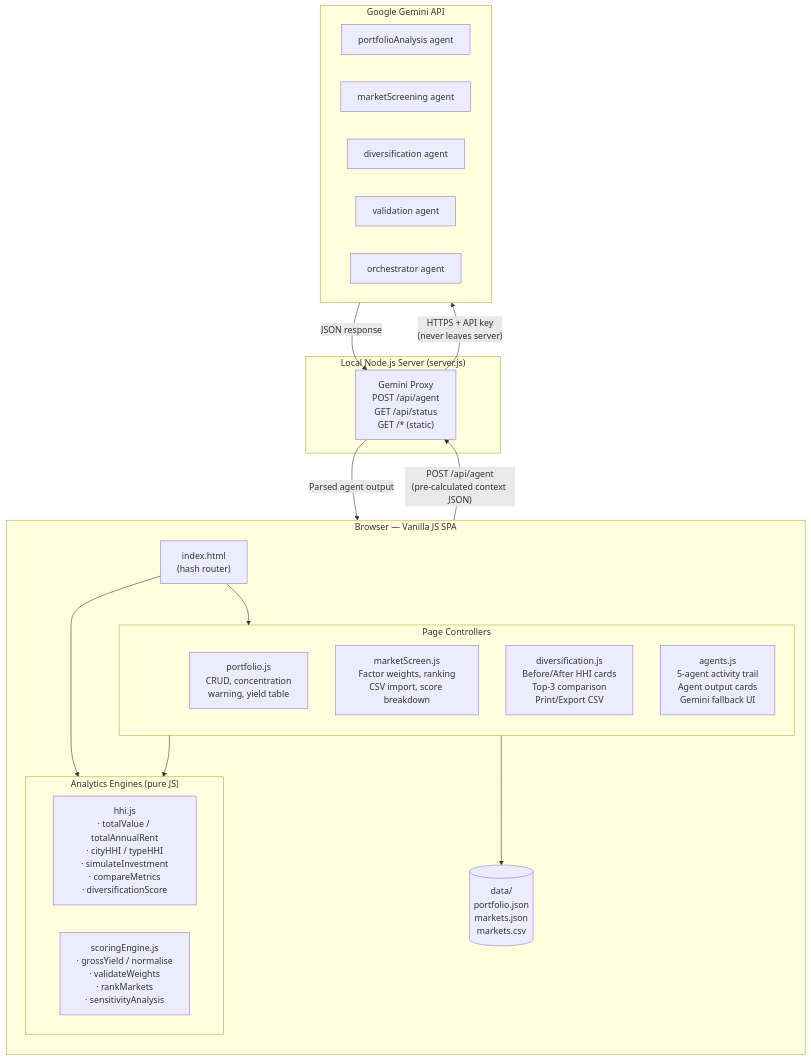
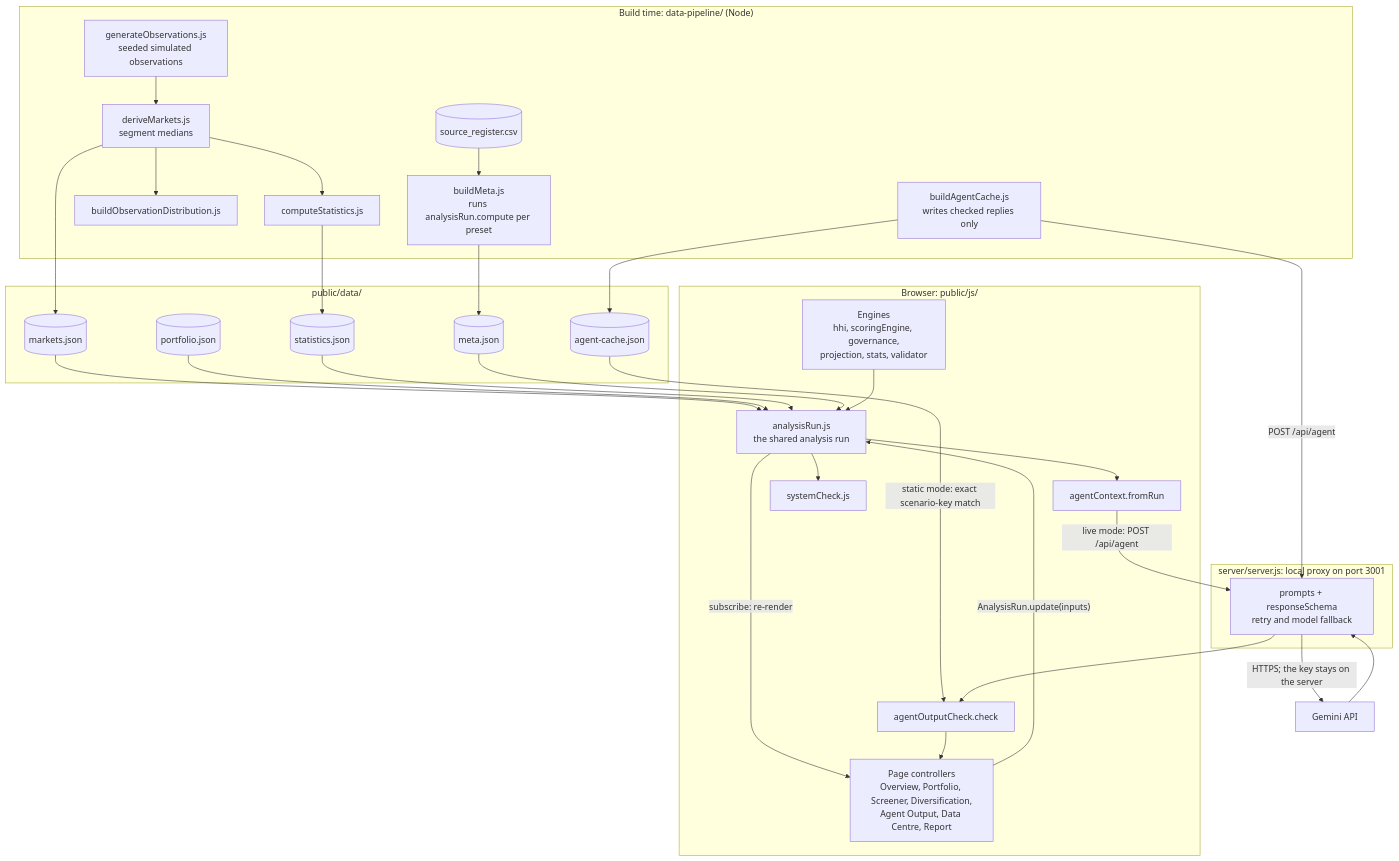
One commit to visheshjain0603-design/reit-target-ai changed the diagram in docs/architecture.md. Above: the diagram before and after it, drawn with Mermaid. The commit also changed other lines of this file and 66 other files, not shown here.

````diff
--- a/docs/architecture.md
+++ b/docs/architecture.md
@@ -15,39 +47,60 @@
 ```mermaid
 flowchart TD
-    subgraph Browser["Browser — Vanilla JS SPA"]
-        direction TB
-        HTML["index.html\n(hash router)"]
-        subgraph Engines["Analytics Engines (pure JS)"]
-            HHI["hhi.js\n· totalValue / totalAnnualRent\n· cityHHI / typeHHI\n· simulateInvestment\n· compareMetrics\n· diversificationScore"]
-            SE["scoringEngine.js\n· grossYield / normalise\n· validateWeights\n· rankMarkets\n· sensitivityAnalysis"]
-        end
-        subgraph Pages["Page Controllers"]
-            PA["portfolio.js\nCRUD, concentration\nwarning, yield table"]
-            MS["marketScreen.js\nFactor weights, ranking\nCSV import, score breakdown"]
-            DIV["diversification.js\nBefore/After HHI cards\nTop-3 comparison\nPrint/Export CSV"]
-            AG["agents.js\n5-agent activity trail\nAgent output cards\nGemini fallback UI"]
-        end
-        DATA[("data/\nportfolio.json\nmarkets.json\nmarkets.csv")]
+    subgraph Build["Build time: data-pipeline/ (Node)"]
+        GEN["generateObservations.js<br/>seeded simulated observations"]
+        DER["deriveMarkets.js<br/>segment medians"]
+        CS["computeStatistics.js"]
+        BOD["buildObservationDistribution.js"]
+        BM["buildMeta.js<br/>runs analysisRun.compute per preset"]
+        BAC["buildAgentCache.js<br/>writes checked replies only"]
+        REG[("source_register.csv")]
     end
 
-    subgraph Server["Local Node.js Server (server.js)"]
-        PROXY["Gemini Proxy\nPOST /api/agent\nGET /api/status\nGET /* (static)"]
+    subgraph Data["public/data/"]
+        MK[("markets.json")]
+        PF[("portfolio.json")]
+        ST[("statistics.json")]
+        ME[("meta.json")]
+        AC[("agent-cache.json")]
     end
 
-    subgraph Gemini["Google Gemini API"]
-        G1["portfolioAnalysis agent"]
-        G2["marketScreening agent"]
-        G3["diversification agent"]
-        G4["validation agent"]
-        G5["orchestrator agent"]
+    subgraph Browser["Browser: public/js/"]
+        ENG["Engines<br/>hhi, scoringEngine, governance,<br/>projection, stats, validator"]
+        RUN["analysisRun.js<br/>the shared analysis run"]
+        PAGES["Page controllers<br/>Overview, Portfolio, Screener, Diversification,<br/>Agent Output, Data Centre, Report"]
+        CTX["agentContext.fromRun"]
+        CHK["agentOutputCheck.check"]
+        SYS["systemCheck.js"]
     end
 
-    HTML --> Engines
-    HTML --> Pages
-    Pages --> Engines
-    Pages --> DATA
-    AG -->|"POST /api/agent\n(pre-calculated context JSON)"| PROXY
-    PROXY -->|"HTTPS + API key\n(never leaves server)"| Gemini
-    Gemini -->|"JSON response"| PROXY
-    PROXY -->|"Parsed agent output"| AG
+    subgraph Server["server/server.js: local proxy on port 3001"]
+        PROXY["prompts + responseSchema<br/>retry and model fallback"]
+    end
+
+    GEM["Gemini API"]
+
+    GEN --> DER
+    DER --> CS
+    DER --> BOD
+    REG --> BM
+    DER --> MK
+    CS --> ST
+    BM --> ME
+    BAC --> AC
+    MK --> RUN
+    PF --> RUN
+    ST --> RUN
+    ME --> RUN
+    ENG --> RUN
+    RUN -->|"subscribe: re-render"| PAGES
+    PAGES -->|"AnalysisRun.update(inputs)"| RUN
+    RUN --> CTX
+    RUN --> SYS
+    AC -->|"static mode: exact scenario-key match"| CHK
+    CTX -->|"live mode: POST /api/agent"| PROXY
+    BAC -->|"POST /api/agent"| PROXY
+    PROXY --> CHK
+    CHK --> PAGES
+    PROXY -->|"HTTPS; the key stays on the server"| GEM
+    GEM --> PROXY
 ```
````
